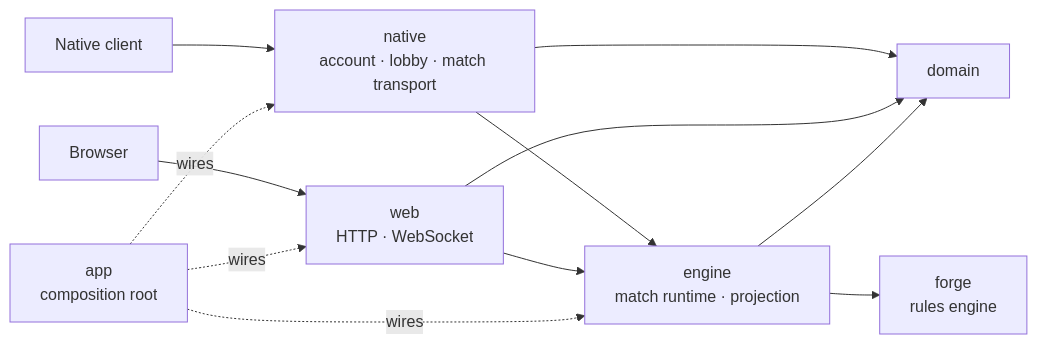
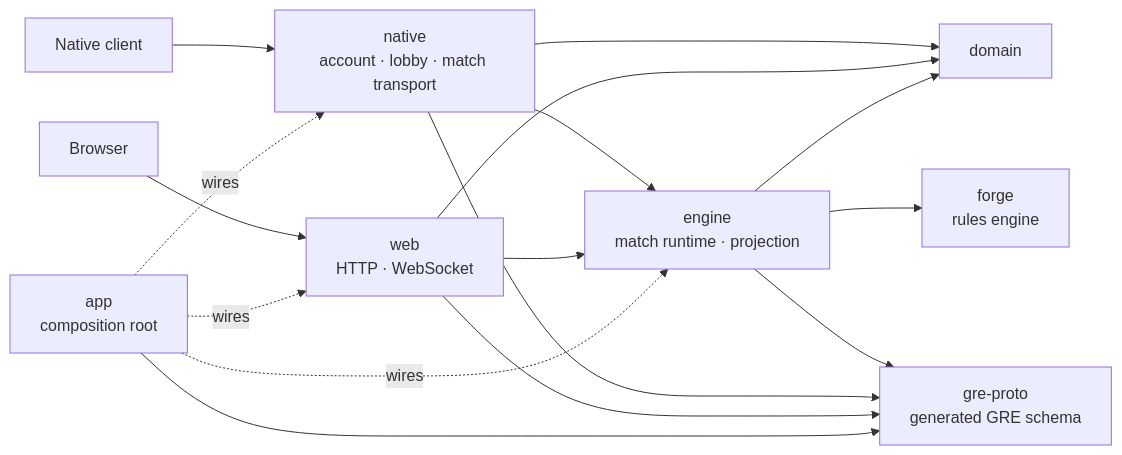
One commit to delebedev/leyline changed the first of 4 diagrams in docs/architecture.md. Above: the diagram before and after it, drawn with Mermaid. The commit also changed other lines of this file and 14 other files, not shown here.

First line of the commit message:
refactor(build): extract generated GRE schema into :gre-proto (#457)

````diff
--- a/docs/architecture.md
+++ b/docs/architecture.md
@@ -17,14 +17,18 @@
 ```mermaid
 flowchart LR
     NC["Native client"] --> N["native<br/>account · lobby · match transport"]
     B["Browser"] --> W["web<br/>HTTP · WebSocket"]
     N --> E["engine<br/>match runtime · projection"]
     W --> E
     N --> D["domain"]
     W --> D
     E --> D
     E --> F["forge<br/>rules engine"]
-    A["app<br/>composition root"] -. "wires" .-> N
+    E --> GP["gre-proto<br/>generated GRE schema"]
+    N --> GP
+    W --> GP
+    A["app<br/>composition root"] --> GP
+    A -. "wires" .-> N
     A -. "wires" .-> W
     A -. "wires" .-> E
 ```
````
